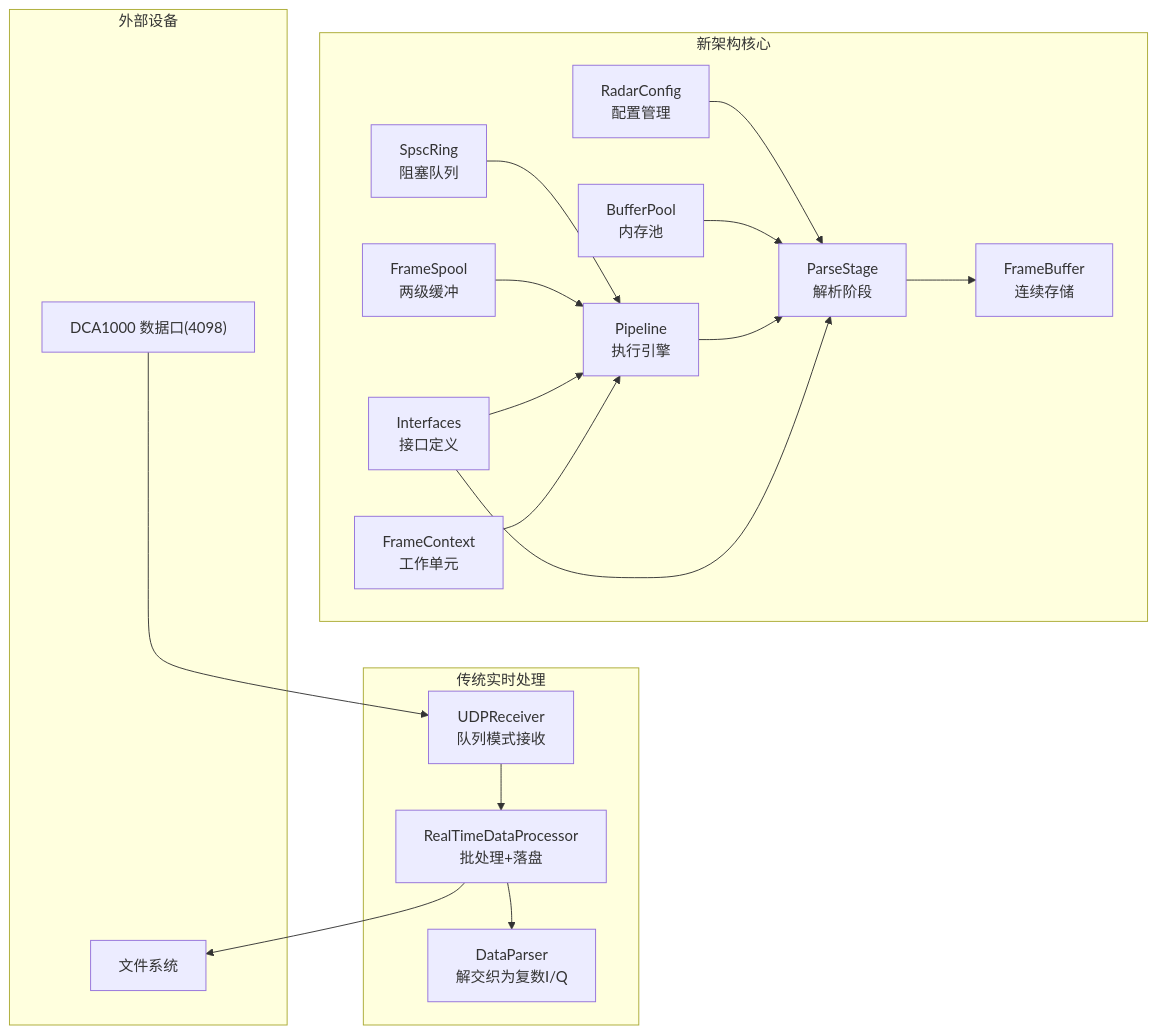
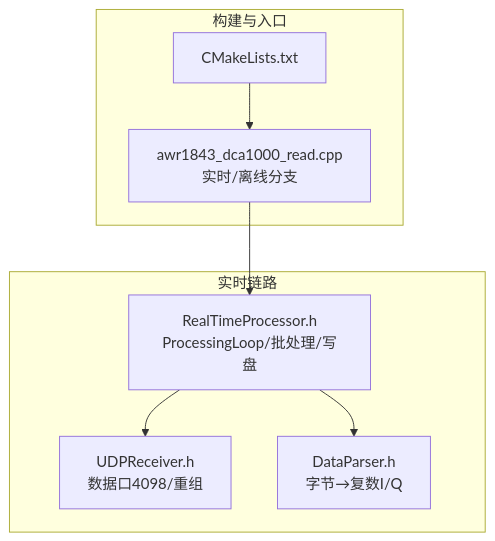
One commit to Lukad77/awr1843-radar-toolkit changed the first of 7 diagrams in .qoder/repowiki/zh/content/实时处理流水线与数据流.md. Above: the diagram before and after it, drawn with Mermaid. The commit also changed other lines of this file and 106 other files, not shown here.

````diff
--- a/.qoder/repowiki/zh/content/实时处理流水线与数据流.md
+++ b/.qoder/repowiki/zh/content/实时处理流水线与数据流.md
@@ -73,36 +37,16 @@
 ```mermaid
 graph TB
-subgraph "新架构核心"
-RC["RadarConfig<br/>配置管理"]
-SR["SpscRing<br/>阻塞队列"]
-BP["BufferPool<br/>内存池"]
-FS["FrameSpool<br/>两级缓冲"]
-PL["Pipeline<br/>执行引擎"]
-PS["ParseStage<br/>解析阶段"]
-IF["Interfaces<br/>接口定义"]
-FB["FrameBuffer<br/>连续存储"]
-FC["FrameContext<br/>工作单元"]
+subgraph "构建与入口"
+CMake["CMakeLists.txt"]
+Main["awr1843_dca1000_read.cpp<br/>实时/离线分支"]
 end
-subgraph "传统实时处理"
-RTP["RealTimeDataProcessor<br/>批处理+落盘"]
-UDR["UDPReceiver<br/>队列模式接收"]
-DP["DataParser<br/>解交织为复数I/Q"]
+subgraph "实时链路"
+RTP["RealTimeProcessor.h<br/>ProcessingLoop/批处理/写盘"]
+UDR["UDPReceiver.h<br/>数据口4098/重组"]
+DP["DataParser.h<br/>字节→复数I/Q"]
 end
-subgraph "外部设备"
-DCA["DCA1000 数据口(4098)"]
-FSYS["文件系统"]
-end
-DCA --> UDR
-UDR --> RTP
+CMake --> Main
+Main --> RTP
+RTP --> UDR
 RTP --> DP
-RTP --> FSYS
-RC --> PS
-SR --> PL
-BP --> PS
-FS --> PL
-PL --> PS
-PS --> FB
-IF --> PL
-IF --> PS
-FC --> PL
 ```
````
